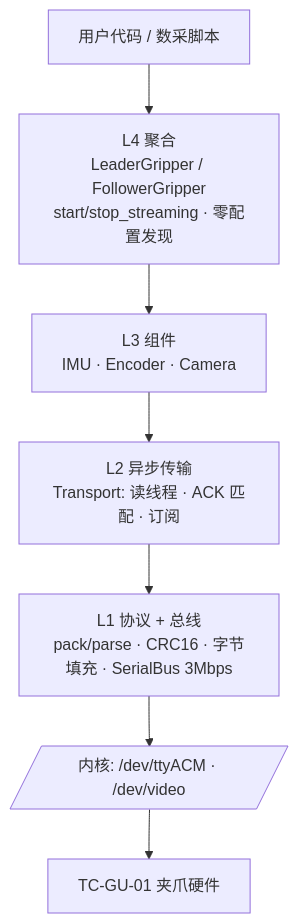
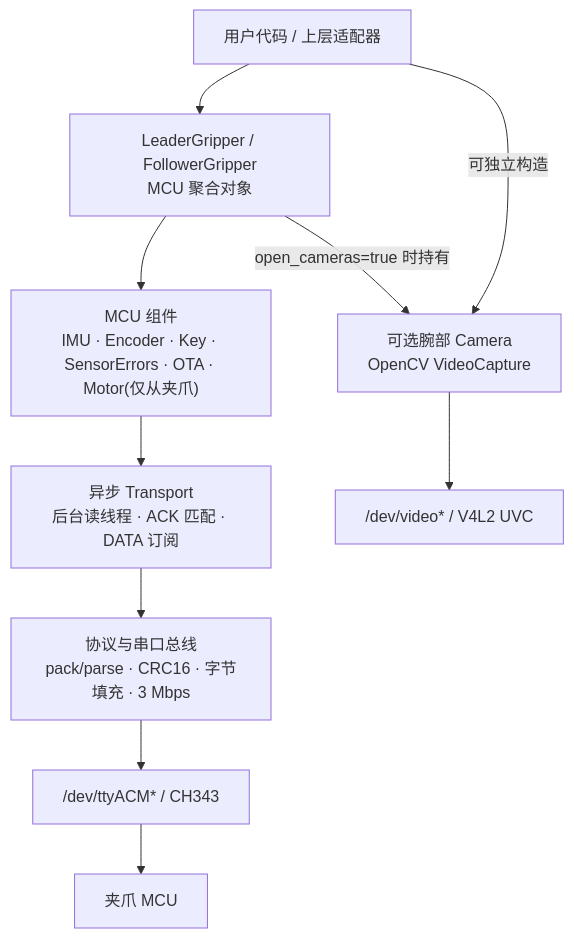
The diagram in docs/sdk-overview.md (Vertax42/taccap-gripper-docs), drawn with Mermaid before and after one commit. The commit also changed other lines of this file, not shown here.

Commit message:
docs(sdk): correct architecture and camera boundary

````diff
--- a/docs/sdk-overview.md
+++ b/docs/sdk-overview.md
@@ -13,9 +14,13 @@
 ```mermaid
 flowchart TB
-    U[用户代码 / 数采脚本] --> L4[L4 聚合<br/>LeaderGripper / FollowerGripper<br/>start/stop_streaming · 零配置发现]
-    L4 --> L3[L3 组件<br/>IMU · Encoder · Camera]
-    L3 --> L2[L2 异步传输<br/>Transport: 读线程 · ACK 匹配 · 订阅]
-    L2 --> L1[L1 协议 + 总线<br/>pack/parse · CRC16 · 字节填充 · SerialBus 3Mbps]
-    L1 --> K[/内核: /dev/ttyACM · /dev/video/]
-    K --> HW[TC-GU-01 夹爪硬件]
+    U["用户代码 / 上层适配器"] --> AGG["LeaderGripper / FollowerGripper<br/>MCU 聚合对象"]
+    AGG --> COMP["MCU 组件<br/>IMU · Encoder · Key · SensorErrors · OTA · Motor(仅从夹爪)"]
+    COMP --> TX["异步 Transport<br/>后台读线程 · ACK 匹配 · DATA 订阅"]
+    TX --> PROTO["协议与串口总线<br/>pack/parse · CRC16 · 字节填充 · 3 Mbps"]
+    PROTO --> SERIAL["/dev/ttyACM* / CH343"]
+    SERIAL --> MCU["夹爪 MCU"]
+
+    U -->|可独立构造| CAM["可选腕部 Camera<br/>OpenCV VideoCapture"]
+    AGG -->|open_cameras=true 时持有| CAM
+    CAM --> VIDEO["/dev/video* / V4L2 UVC"]
 ```
````
